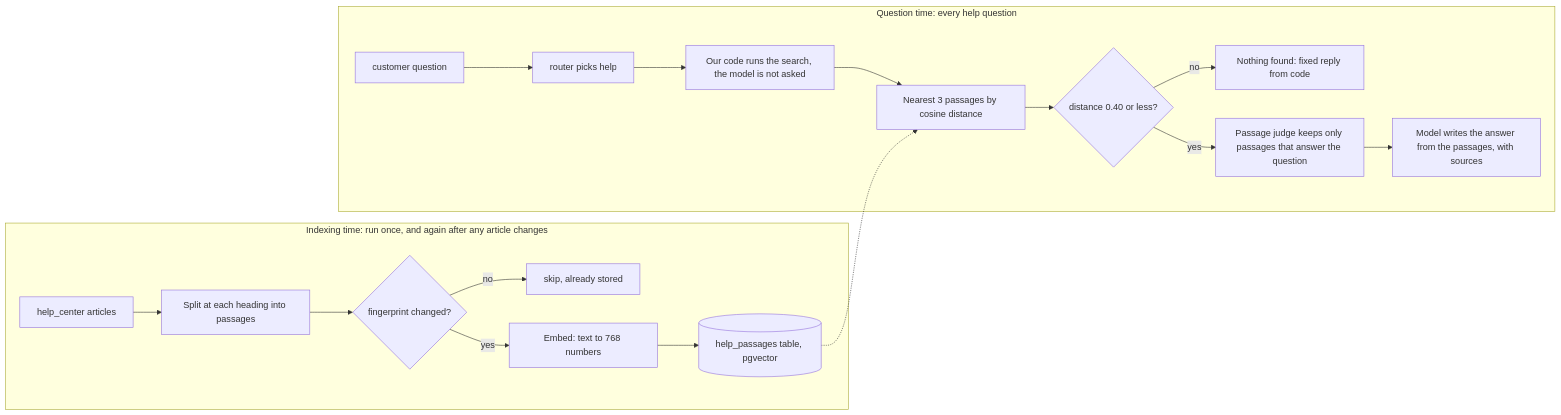
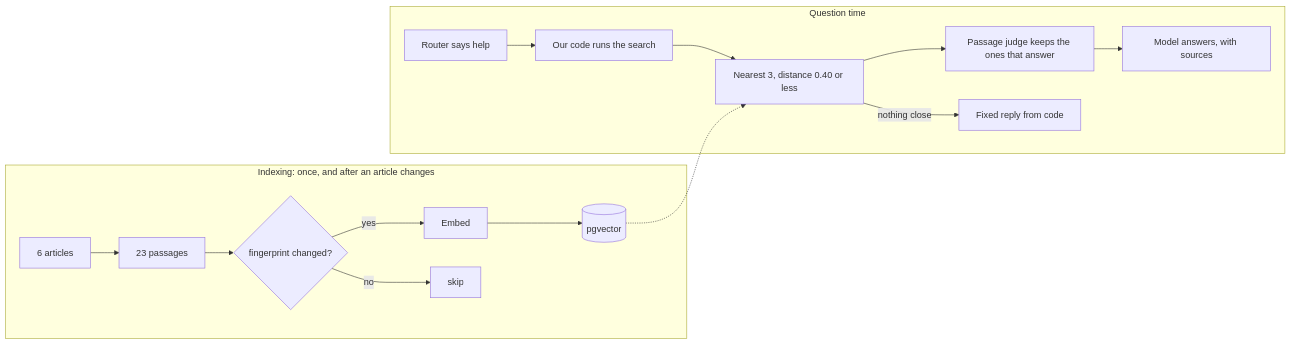
One commit to renup/Brokerage_Ledger_AI_Assitant changed the sixth of 8 diagrams in README.md. Above: the diagram before and after it, drawn with Mermaid. The commit also changed other lines of this file, not shown here.

````diff
--- a/README.md
+++ b/README.md
@@ -251,20 +224,17 @@
 ```mermaid
 flowchart LR
-  subgraph IDX["Indexing time: run once, and again after any article changes"]
-    A1["help_center articles"] --> A2["Split at each heading into passages"]
+  subgraph IDX["Indexing: once, and after an article changes"]
+    A1["6 articles"] --> A2["23 passages"]
     A2 --> A3{"fingerprint changed?"}
-    A3 -->|"no"| A4["skip, already stored"]
-    A3 -->|"yes"| A5["Embed: text to 768 numbers"]
-    A5 --> A6[("help_passages table, pgvector")]
+    A3 -->|"yes"| A5["Embed"] --> A6[("pgvector")]
+    A3 -->|"no"| A4["skip"]
   end
-  subgraph ASK["Question time: every help question"]
-    Q1["customer question"] --> Q2["router picks help"]
-    Q2 --> Q3["Our code runs the search, the model is not asked"]
-    Q3 --> Q4["Nearest 3 passages by cosine distance"]
-    Q4 --> Q5{"distance 0.40 or less?"}
-    Q5 -->|"no"| Q6["Nothing found: fixed reply from code"]
-    Q5 -->|"yes"| Q7["Passage judge keeps only passages that answer the question"]
-    Q7 --> Q8["Model writes the answer from the passages, with sources"]
+  subgraph ASK["Question time"]
+    Q1["Router says help"] --> Q3["Our code runs the search"]
+    Q3 --> Q4["Nearest 3, distance 0.40 or less"]
+    Q4 --> Q7["Passage judge keeps the ones that answer"]
+    Q7 --> Q8["Model answers, with sources"]
+    Q4 -->|"nothing close"| Q6["Fixed reply from code"]
   end
   A6 -.-> Q4
 ```
````
